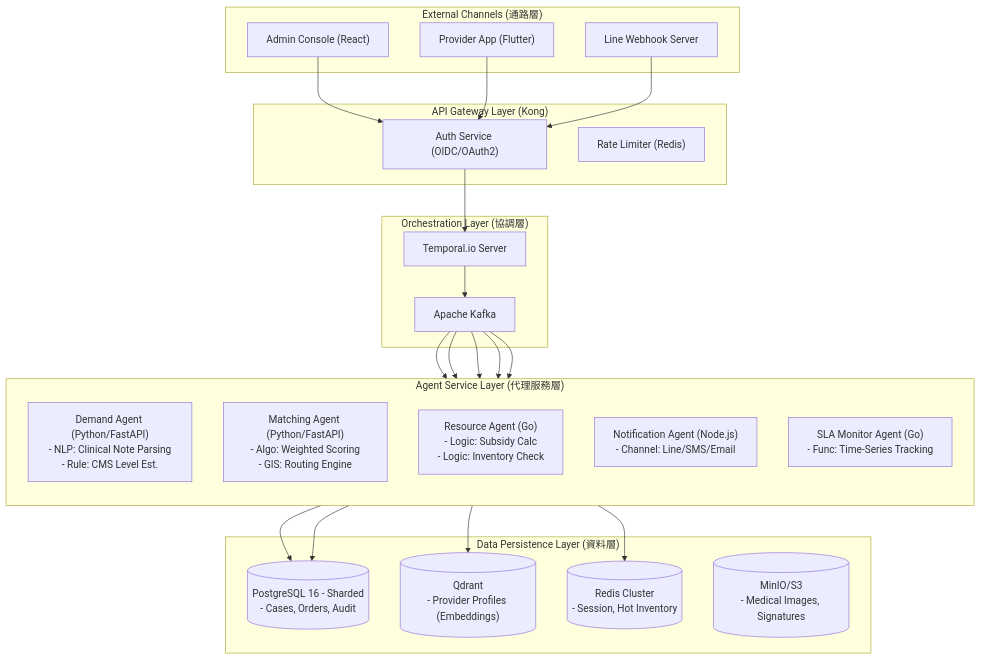
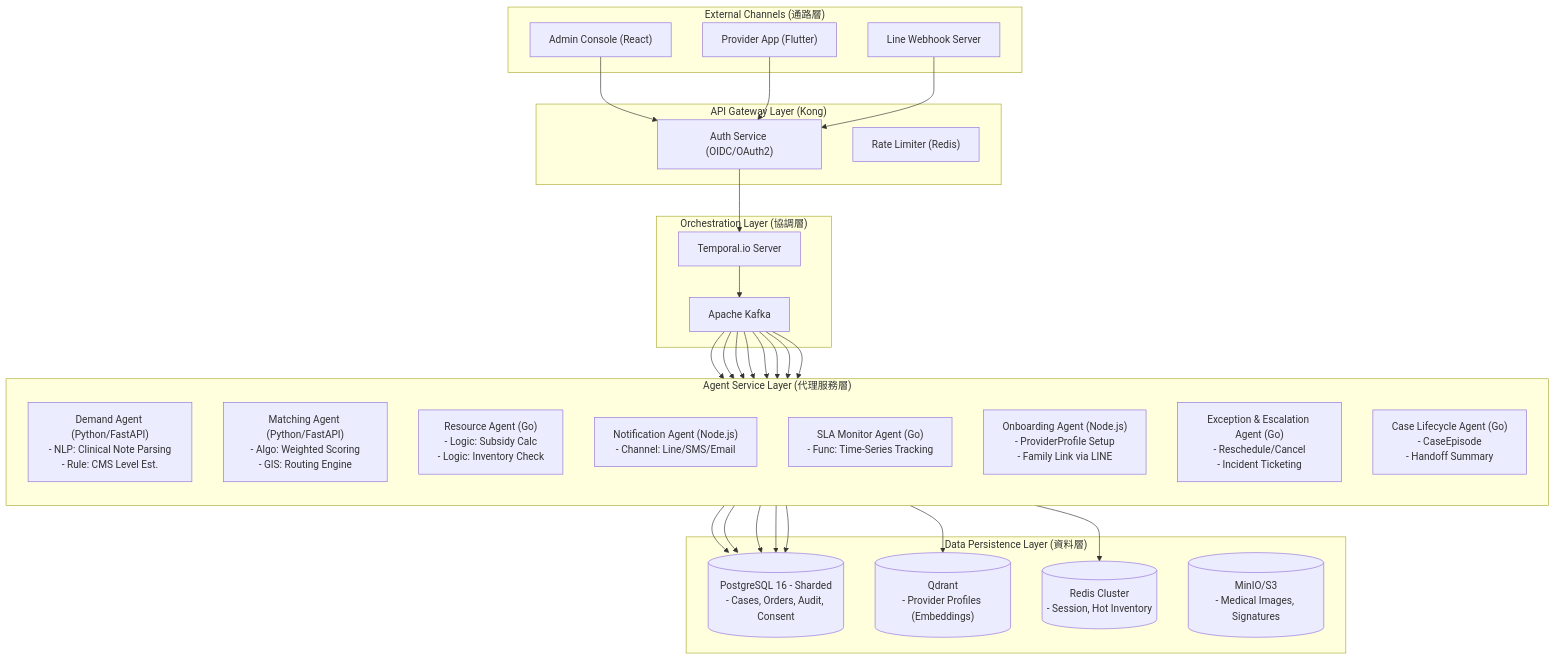
One commit to greateyin/ltc-project-polaris changed the diagram in 02_System_Analysis/01_System_Architecture.md. Above: the diagram before and after it, drawn with Mermaid. The commit also changed 2 other files, not shown here.

Commit message:
Update system analysis for onboarding, exceptions, and handoff

````diff
--- a/02_System_Analysis/01_System_Architecture.md
+++ b/02_System_Analysis/01_System_Architecture.md
@@ -25,52 +25,62 @@
 ```mermaid
 graph TD
     subgraph "External Channels (通路層)"
         Web_Admin["Admin Console (React)"]
         App_Prov["Provider App (Flutter)"]
         Bot_Line["Line Webhook Server"]
     end
 
     subgraph "API Gateway Layer (Kong)"
         Auth_Svc["Auth Service (OIDC/OAuth2)"]
         Rate_Limit["Rate Limiter (Redis)"]
     end
 
     subgraph "Orchestration Layer (協調層)"
         Workflow_Engine["Temporal.io Server"]
         Event_Bus["Apache Kafka"]
     end
 
     subgraph "Agent Service Layer (代理服務層)"
         direction TB
         Ag_Demand["Demand Agent (Python/FastAPI)\n- NLP: Clinical Note Parsing\n- Rule: CMS Level Est."]
         Ag_Match["Matching Agent (Python/FastAPI)\n- Algo: Weighted Scoring\n- GIS: Routing Engine"]
         Ag_Resource["Resource Agent (Go)\n- Logic: Subsidy Calc\n- Logic: Inventory Check"]
         Ag_Notify["Notification Agent (Node.js)\n- Channel: Line/SMS/Email"]
         Ag_SLA["SLA Monitor Agent (Go)\n- Func: Time-Series Tracking"]
+        Ag_Onboard["Onboarding Agent (Node.js)\n- ProviderProfile Setup\n- Family Link via LINE"]
+        Ag_Exception["Exception & Escalation Agent (Go)\n- Reschedule/Cancel\n- Incident Ticketing"]
+        Ag_Lifecycle["Case Lifecycle Agent (Go)\n- CaseEpisode\n- Handoff Summary"]
     end
 
     subgraph "Data Persistence Layer (資料層)"
-        DB_Core[("PostgreSQL 16 - Sharded\n- Cases, Orders, Audit")]
+        DB_Core[("PostgreSQL 16 - Sharded\n- Cases, Orders, Audit, Consent")]
         DB_Vector[("Qdrant\n- Provider Profiles (Embeddings)")]
         Cache[("Redis Cluster\n- Session, Hot Inventory")]
         Obj_Store[("MinIO/S3\n- Medical Images, Signatures")]
     end
 
     Web_Admin --> Auth_Svc
     App_Prov --> Auth_Svc
     Bot_Line --> Auth_Svc
 
     Auth_Svc --> Workflow_Engine
     Workflow_Engine --> Event_Bus
 
     Event_Bus --> Ag_Demand
     Event_Bus --> Ag_Match
-    Event_Bus --> Ag_Resource
-    Event_Bus --> Ag_Notify
-    Event_Bus --> Ag_SLA
+     Event_Bus --> Ag_Resource
+     Event_Bus --> Ag_Notify
+     Event_Bus --> Ag_SLA
+     Event_Bus --> Ag_Onboard
+     Event_Bus --> Ag_Exception
+     Event_Bus --> Ag_Lifecycle
 
-    Ag_Demand --> DB_Core
-    Ag_Match --> DB_Vector
-    Ag_Resource --> DB_Core
-    Ag_Match --> Cache
+     Ag_Demand --> DB_Core
+     Ag_Match --> DB_Vector
+     Ag_Resource --> DB_Core
+     Ag_Match --> Cache
+     Ag_Onboard --> DB_Core
+     Ag_Exception --> DB_Core
+     Ag_Lifecycle --> DB_Core
+
 ```
````
